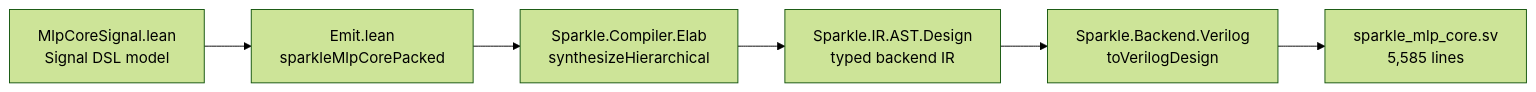
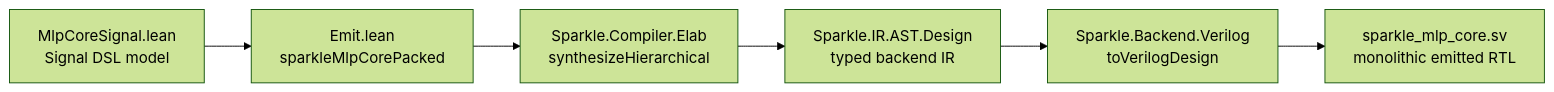
The fourth of 4 diagrams in docs/generated-rtl.md (dfdgsdfg/ann-rtl-lean-poc), drawn with Mermaid (forest theme) before and after one commit. The commit also changed other lines of this file and 4 other files, not shown here.

````diff
--- a/docs/generated-rtl.md
+++ b/docs/generated-rtl.md
@@ -363,8 +363,8 @@
 ```mermaid
 graph LR
     SRC["MlpCoreSignal.lean<br/>Signal DSL model"] --> EMIT["Emit.lean<br/>sparkleMlpCorePacked"]
     EMIT --> ELAB["Sparkle.Compiler.Elab<br/>synthesizeHierarchical"]
     ELAB --> IR["Sparkle.IR.AST.Design<br/>typed backend IR"]
     IR --> RENDER["Sparkle.Backend.Verilog<br/>toVerilogDesign"]
-    RENDER --> SV["sparkle_mlp_core.sv<br/>5,585 lines"]
+    RENDER --> SV["sparkle_mlp_core.sv<br/>monolithic emitted RTL"]
 ```
````
